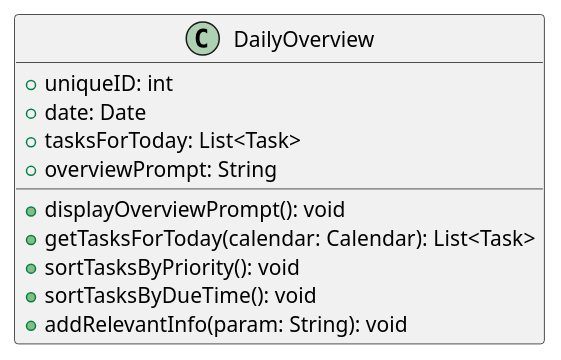
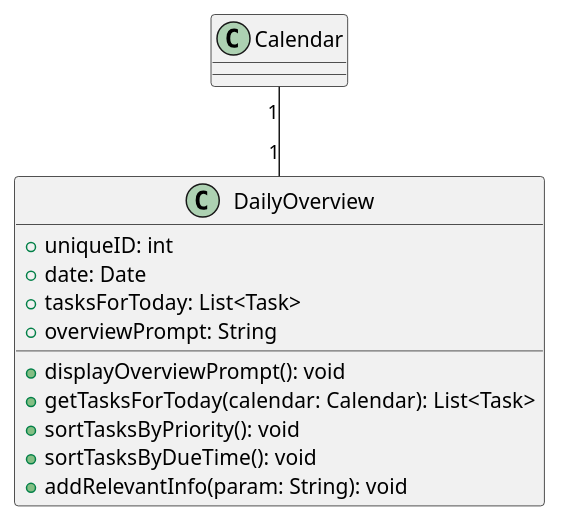
One commit to CS361-2024Fall-Term/Innovators changed the diagram in assignment6/daily-overview.puml. Above: the diagram before and after it, drawn with PlantUML.

```diff
--- a/assignment6/daily-overview.puml
+++ b/assignment6/daily-overview.puml
@@ -1,16 +1,18 @@
 @startuml
 
 class DailyOverview {
     +uniqueID: int
     +date: Date
     +tasksForToday: List<Task>
     +overviewPrompt: String
 
     +displayOverviewPrompt(): void
     +getTasksForToday(calendar: Calendar): List<Task>
     +sortTasksByPriority(): void
     +sortTasksByDueTime(): void
     +addRelevantInfo(param: String): void
 }
 
+Calendar "1" -- "1" DailyOverview
+
 @enduml
```
